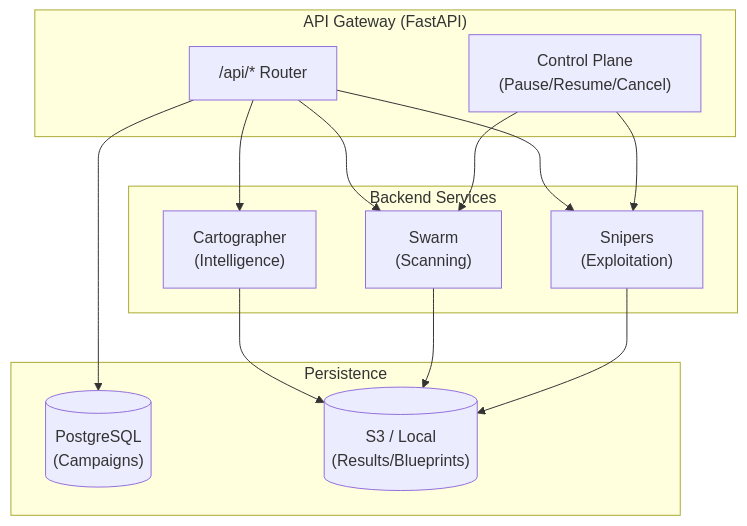
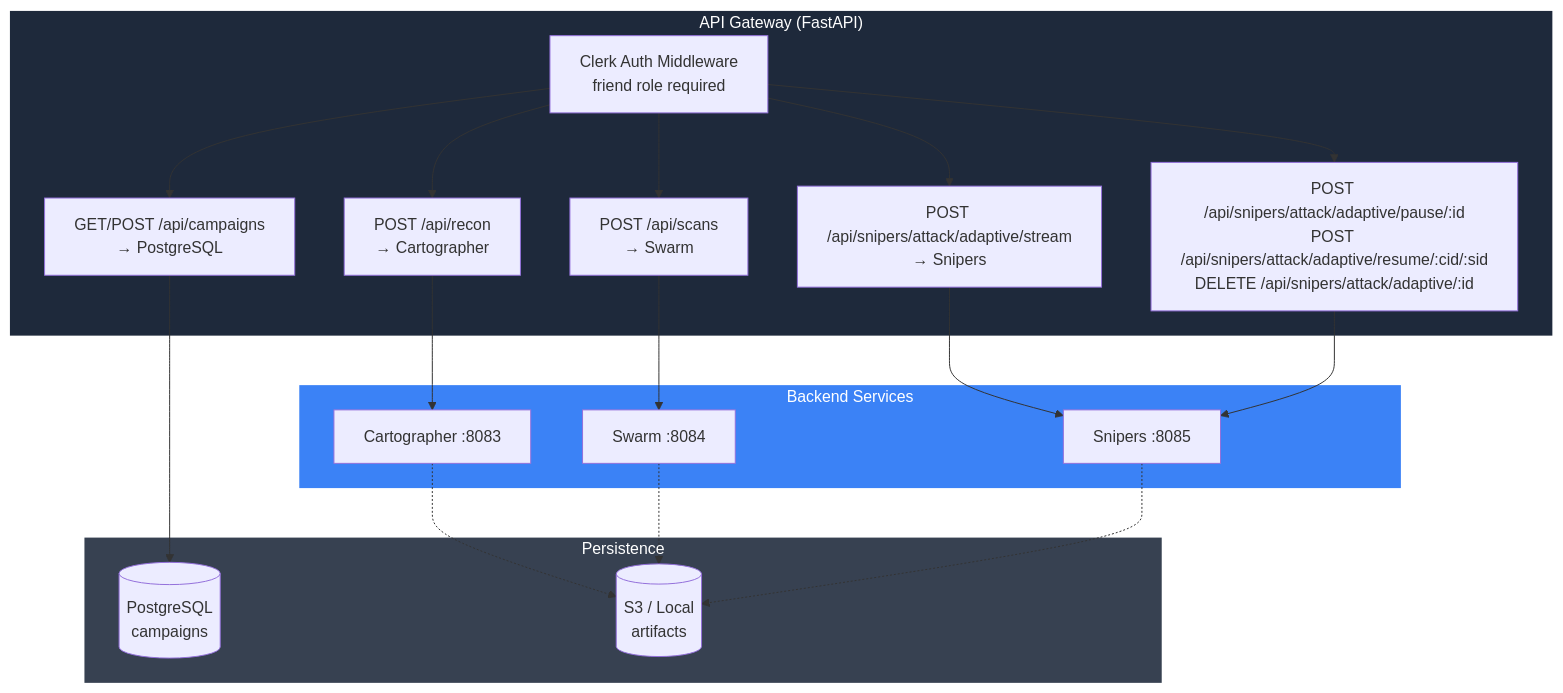
Diagram 12 of 12 in README.md (h19overflow/ASPEXA_AUTOMA), drawn with Mermaid before and after one commit. The commit also changed other lines of this file and 15 other files, not shown here.

First line of the commit message:
Refactor Snipers: Enhance Swarm Intelligence Integration and Adaptation Vocabulary

````diff
--- a/README.md
+++ b/README.md
@@ -266,27 +529,33 @@
 ```mermaid
 graph TB
-    subgraph "API Gateway (FastAPI)"
-        AG["/api/* Router"]
-        Control["Control Plane<br/>(Pause/Resume/Cancel)"]
+    subgraph GW ["API Gateway (FastAPI)"]
+        R_RECON["POST /api/recon<br/>→ Cartographer"]
+        R_SCAN["POST /api/scans<br/>→ Swarm"]
+        R_EXPLOIT["POST /api/snipers/attack/adaptive/stream<br/>→ Snipers"]
+        R_CTRL["POST /api/snipers/attack/adaptive/pause/:id<br/>POST /api/snipers/attack/adaptive/resume/:cid/:sid<br/>DELETE /api/snipers/attack/adaptive/:id"]
+        R_CAMPS["GET/POST /api/campaigns<br/>→ PostgreSQL"]
+        AUTH_MW["Clerk Auth Middleware<br/>friend role required"]
     end
 
-    subgraph "Backend Services"
-        C["Cartographer<br/>(Intelligence)"]
-        S["Swarm<br/>(Scanning)"]
-        Sn["Snipers<br/>(Exploitation)"]
+    subgraph Services ["Backend Services"]
+        C2["Cartographer :8083"]
+        SW2["Swarm :8084"]
+        SN2["Snipers :8085"]
     end
 
-    subgraph "Persistence"
-        DB[("PostgreSQL<br/>(Campaigns)")]
-        S3[("S3 / Local<br/>(Results/Blueprints)")]
+    subgraph DB ["Persistence"]
+        PG[("PostgreSQL<br/>campaigns")]
+        S3_2[("S3 / Local<br/>artifacts")]
     end
 
-    AG --> C & S & Sn
-    Control --> S & Sn
+    AUTH_MW --> R_RECON & R_SCAN & R_EXPLOIT & R_CTRL & R_CAMPS
+    R_RECON --> C2
+    R_SCAN --> SW2
+    R_EXPLOIT & R_CTRL --> SN2
+    R_CAMPS --> PG
+    C2 & SW2 & SN2 -.-> S3_2
 
-    C --> S3
-    S --> S3
-    Sn --> S3
-
-    AG --> DB
+    style GW fill:#1e293b,color:#fff,stroke:none
+    style Services fill:#3b82f6,color:#fff,stroke:none
+    style DB fill:#374151,color:#fff,stroke:none
 ```
````
